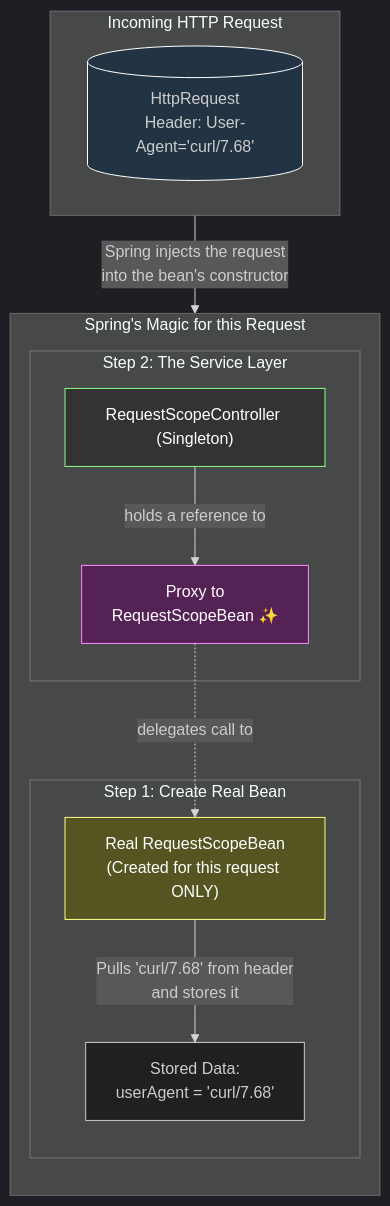
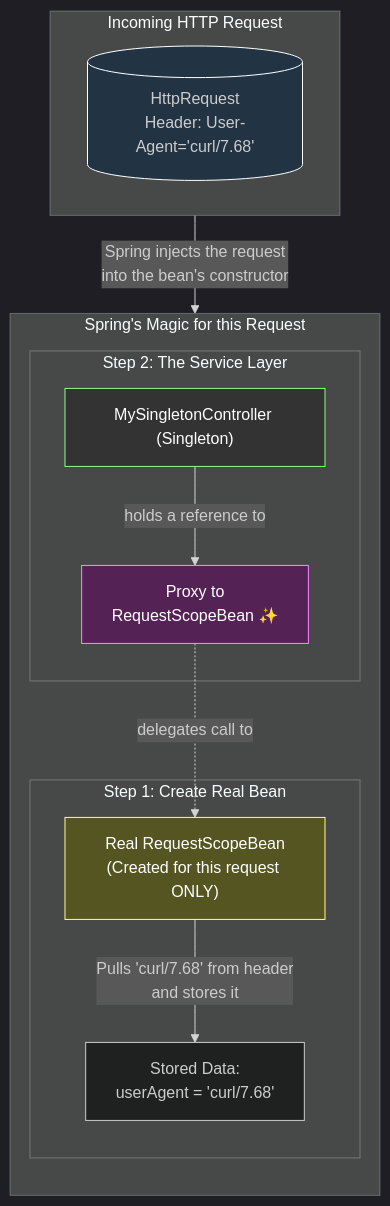
Before and after one commit to pdheeraj99/Spring-Guide: the second of 2 diagrams in Spring-Concepts/02-Core-Technologies/01-The-IoC-Container/12-The-Request-Scope.md, drawn with Mermaid. The commit also changed other lines of this file and 2 other files, not shown here.

First line of the commit message:
fix: Improve request scope example and docs after user feedback

````diff
--- a/Spring-Concepts/02-Core-Technologies/01-The-IoC-Container/12-The-Request-Scope.md
+++ b/Spring-Concepts/02-Core-Technologies/01-The-IoC-Container/12-The-Request-Scope.md
@@ -56,29 +56,29 @@
 ```mermaid
 %%{init: {'theme': 'dark', 'themeVariables': { 'primaryColor': '#2d2d2d', 'primaryTextColor': '#fff'}}}%%
 graph TD
     subgraph "Incoming HTTP Request"
         direction LR
         Req[("HttpRequest<br/>Header: User-Agent='curl/7.68'")]
     end
 
     subgraph "Spring's Magic for this Request"
         direction TB
         subgraph "Step 1: Create Real Bean"
             RealBean["Real RequestScopeBean<br/>(Created for this request ONLY)"];
             Req -- "Spring injects the request<br/>into the bean's constructor" --> RealBean;
             RealBean -- "Pulls 'curl/7.68' from header<br/>and stores it" --> Data["Stored Data:<br/>userAgent = 'curl/7.68'"];
         end
 
         subgraph "Step 2: The Service Layer"
-            Service["RequestScopeController (Singleton)"];
+            Service["MySingletonController (Singleton)"];
             Proxy["Proxy to<br/>RequestScopeBean ✨"];
             Service -- "holds a reference to" --> Proxy;
             Proxy -.->|delegates call to| RealBean;
         end
     end
 
     style Req fill:#234,stroke:#fff
     style RealBean fill:#552,stroke:#ff8,color:#fff
     style Service fill:#333,stroke:#8f8,color:#fff
     style Proxy fill:#525,stroke:#f8f,color:#fff
 ```
````
